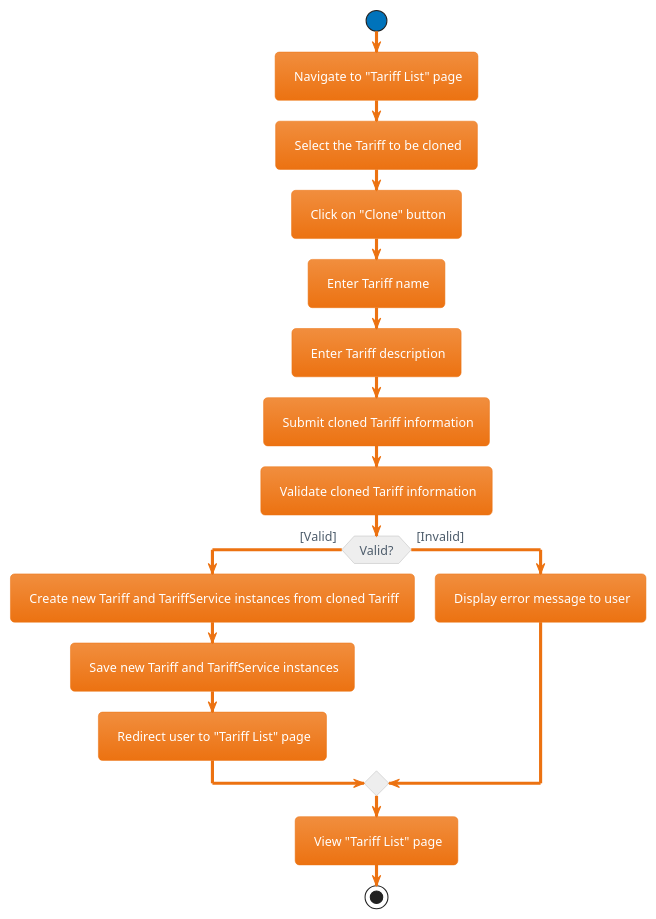
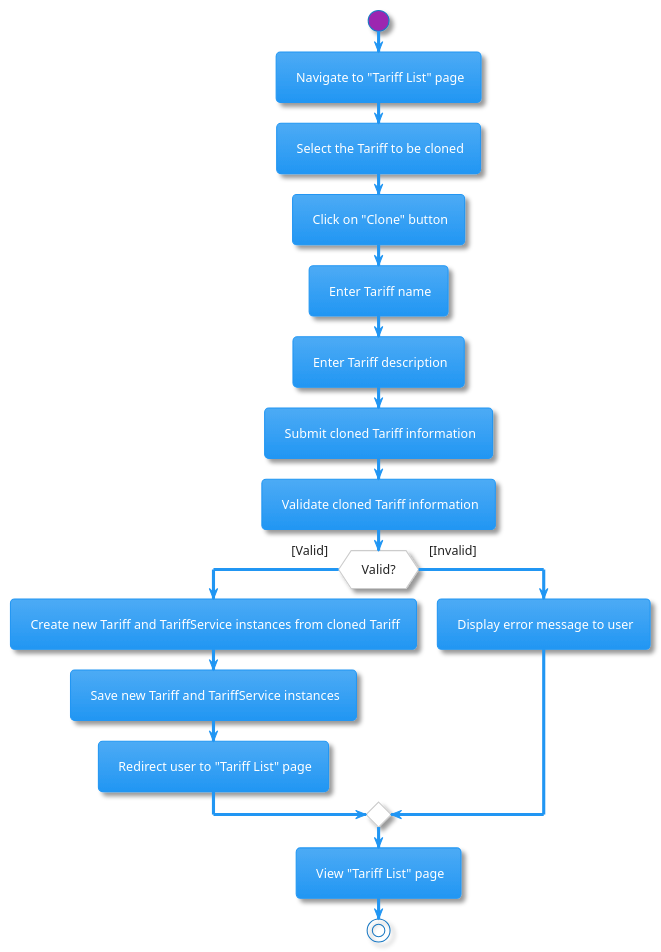
Before and after one commit to Vlad-Tsaryk/Home24_ukr: the diagram in x_diagrams/tariff_state.puml, drawn with PlantUML. The commit also changed 10 other files, not shown here.

Commit message:
Diagrams

```diff
--- a/x_diagrams/tariff_state.puml
+++ b/x_diagrams/tariff_state.puml
@@ -1,23 +1,23 @@
 @startuml
-!theme aws-orange
+!theme materia
 hide empty description
 
 start
 : Navigate to "Tariff List" page;
 : Select the Tariff to be cloned;
 : Click on "Clone" button;
 : Enter Tariff name;
 : Enter Tariff description;
 : Submit cloned Tariff information;
 
 : Validate cloned Tariff information;
 if (Valid?) then([Valid])
   : Create new Tariff and TariffService instances from cloned Tariff;
   : Save new Tariff and TariffService instances;
   : Redirect user to "Tariff List" page;
 else ([Invalid])
   : Display error message to user;
 endif
 : View "Tariff List" page;
 stop
 @enduml
```
